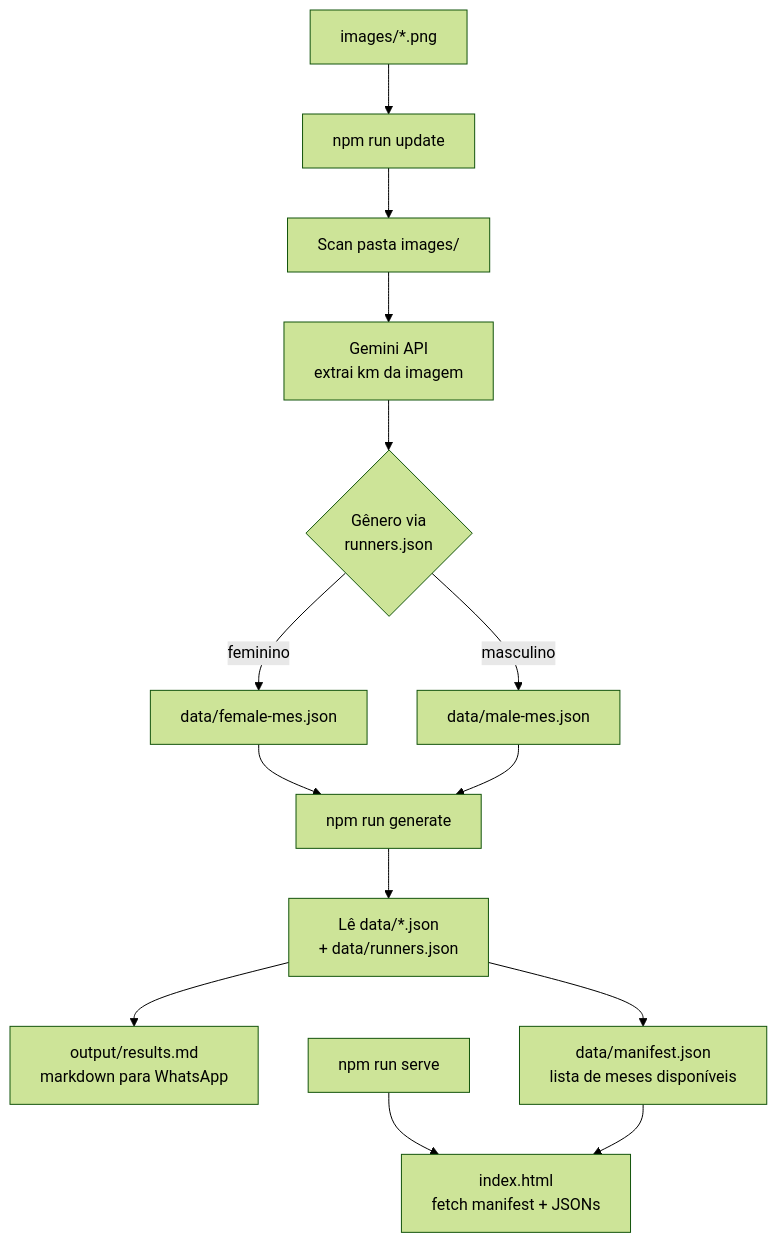
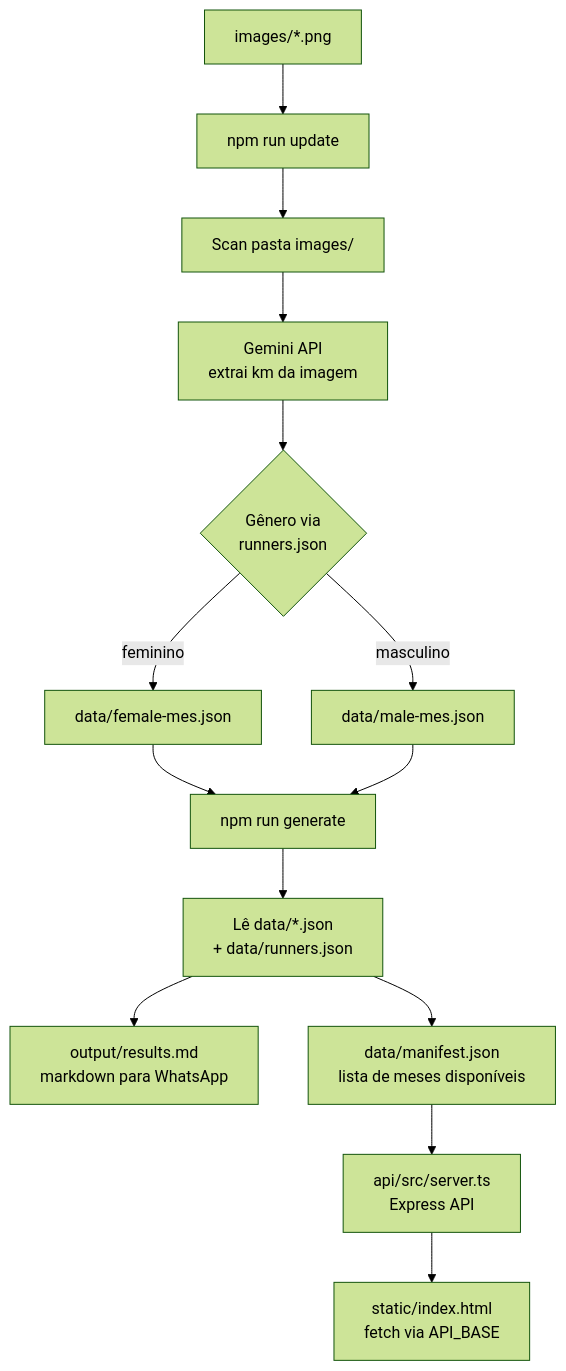
The diagram in README.md (tcelestino/rt-ranking-endurance), drawn with Mermaid (forest theme) before and after one commit. The commit also changed other lines of this file and 19 other files, not shown here.

````diff
--- a/README.md
+++ b/README.md
@@ -9,18 +9,18 @@
 ```mermaid
 flowchart TD
     A[images/*.png] --> B[npm run update]
     B --> C[Scan pasta images/]
     C --> D[Gemini API\nextrai km da imagem]
     D --> E{Gênero via\nrunners.json}
     E -->|feminino| F[data/female-mes.json]
     E -->|masculino| G[data/male-mes.json]
 
     F --> H[npm run generate]
     G --> H
     H --> I[Lê data/*.json\n+ data/runners.json]
     I --> J[output/results.md\nmarkdown para WhatsApp]
     I --> K[data/manifest.json\nlista de meses disponíveis]
 
-    L[npm run serve] --> M[index.html\nfetch manifest + JSONs]
-    K --> M
+    K --> L[api/src/server.ts\nExpress API]
+    L --> M[static/index.html\nfetch via API_BASE]
 ```
````
